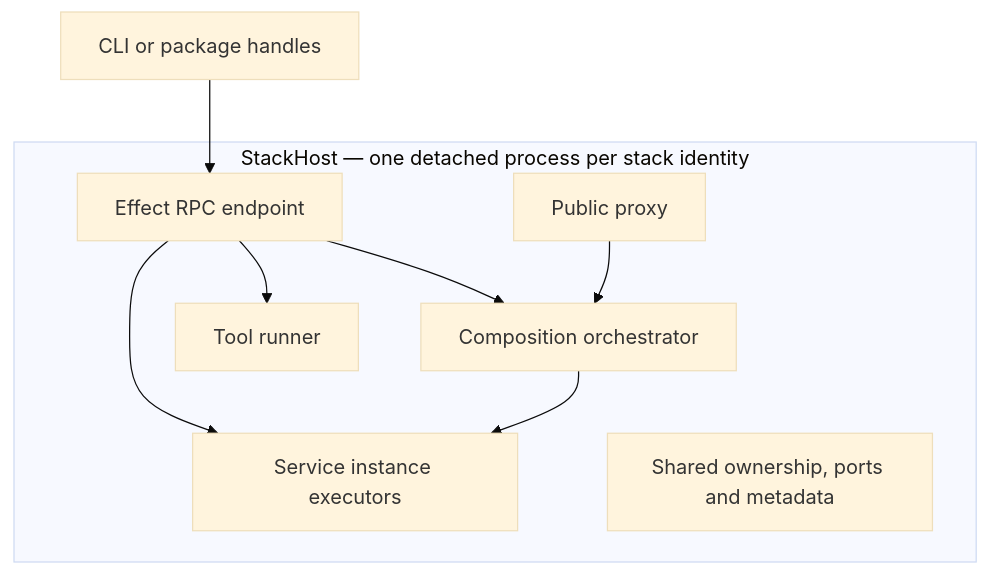
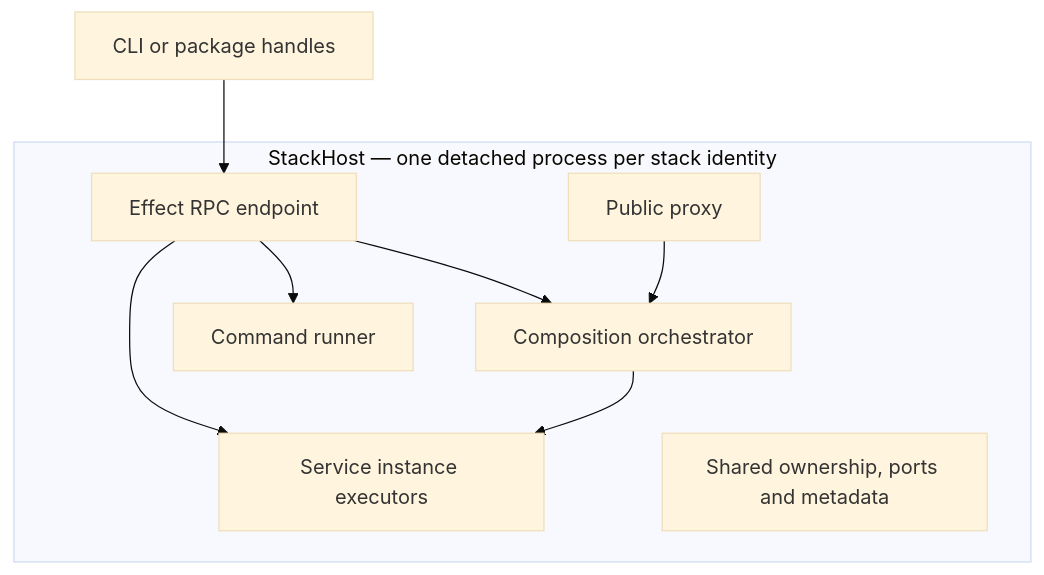
The eighth of 12 diagrams in packages/stack/ARCHITECTURE.md (supabase/cli), drawn with Mermaid (base theme) before and after one commit. The commit also changed other lines of this file and 62 other files, not shown here.

````diff
--- a/packages/stack/ARCHITECTURE.md
+++ b/packages/stack/ARCHITECTURE.md
@@ -413,12 +417,12 @@
 ```mermaid
 flowchart TB
     Client["CLI or package handles"] --> RPC["Effect RPC endpoint"]
     subgraph Host["StackHost — one detached process per stack identity"]
         RPC --> Composition["Composition orchestrator"]
         RPC --> Instances["Service instance executors"]
-        RPC --> Tools["Tool runner"]
+        RPC --> Commands["Command runner"]
         Composition --> Instances
         Proxy["Public proxy"] --> Composition
         Resources["Shared ownership, ports and metadata"]
     end
 ```
````
